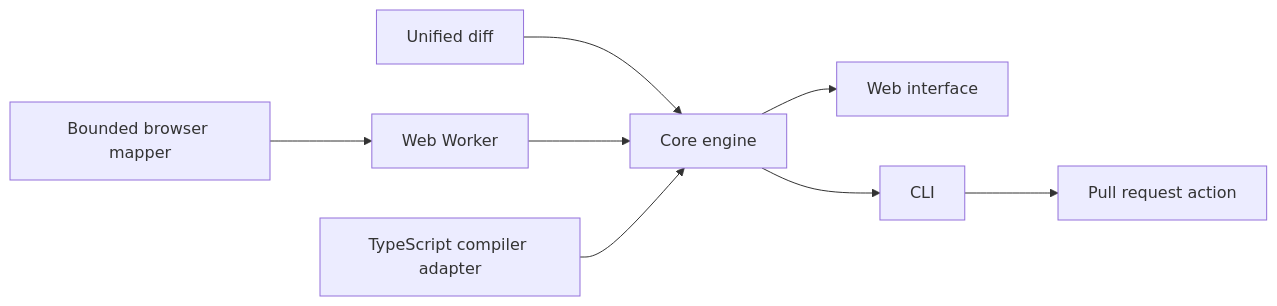
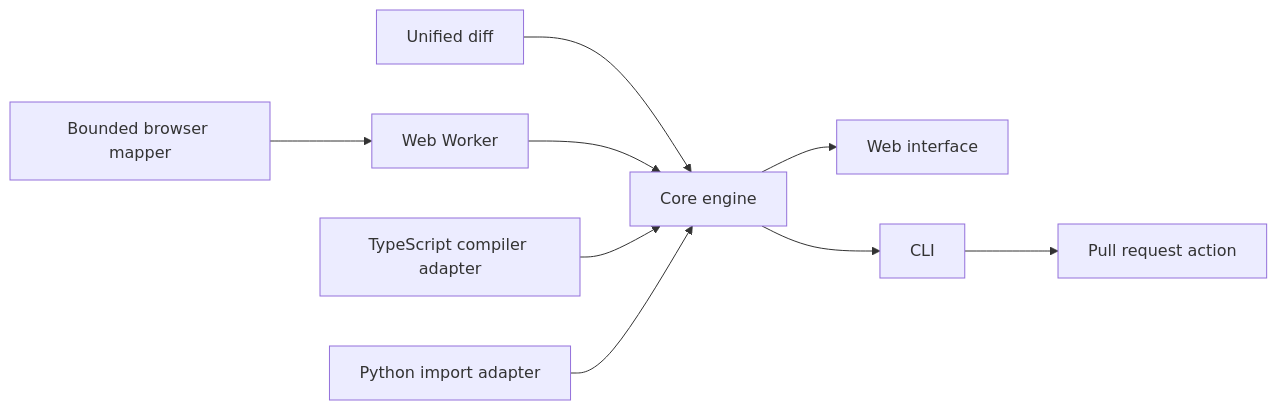
Before and after one commit to AyaanAKhan/blastradius: the diagram in docs/architecture.md, drawn with Mermaid. The commit also changed other lines of this file and 45 other files, not shown here.

````diff
--- a/docs/architecture.md
+++ b/docs/architecture.md
@@ -5,9 +5,10 @@
 ```mermaid
 flowchart LR
   D[Unified diff] --> C[Core engine]
   B[Bounded browser mapper] --> W[Web Worker] --> C
   T[TypeScript compiler adapter] --> C
+  P[Python import adapter] --> C
   C --> U[Web interface]
   C --> L[CLI]
   L --> A[Pull request action]
 ```
````
